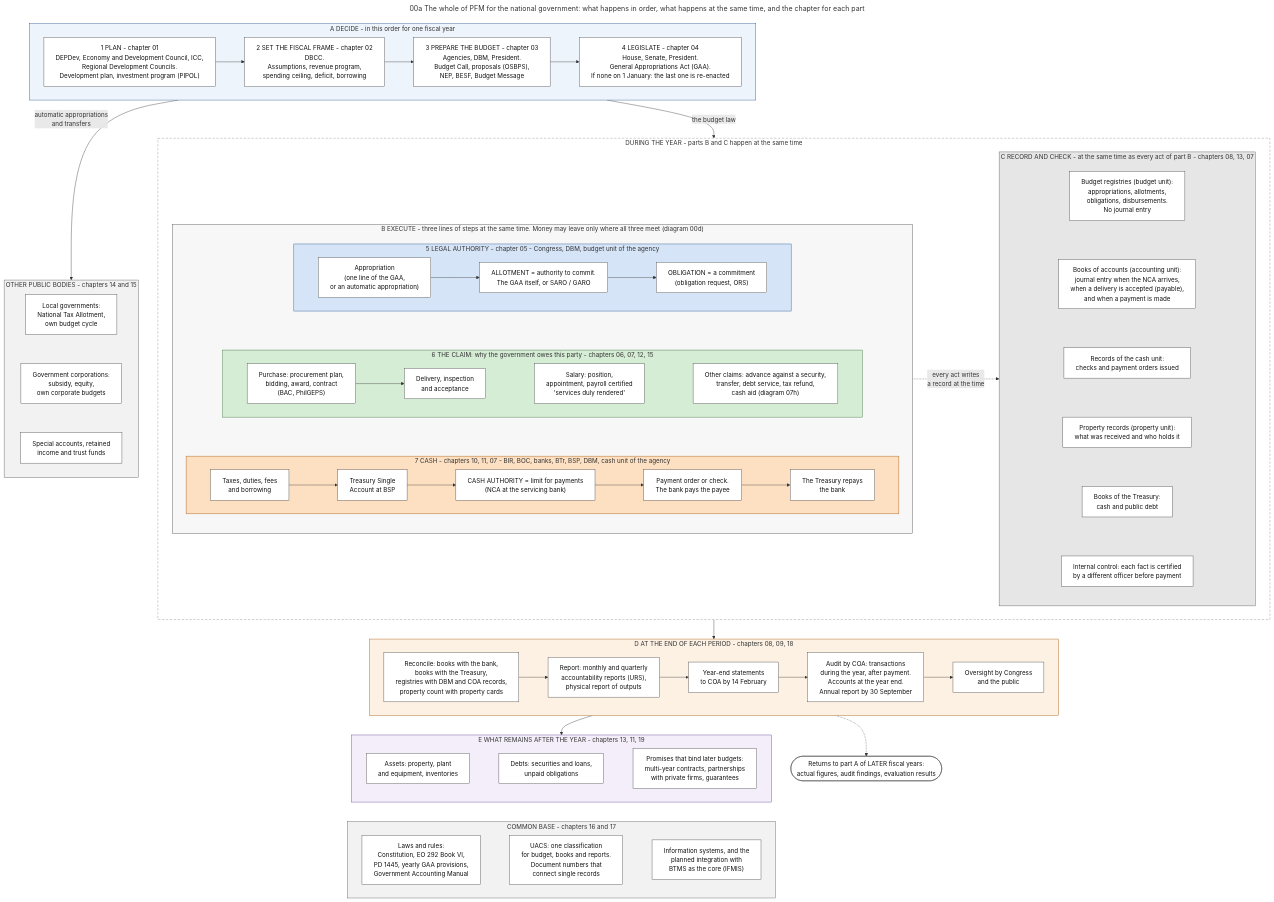
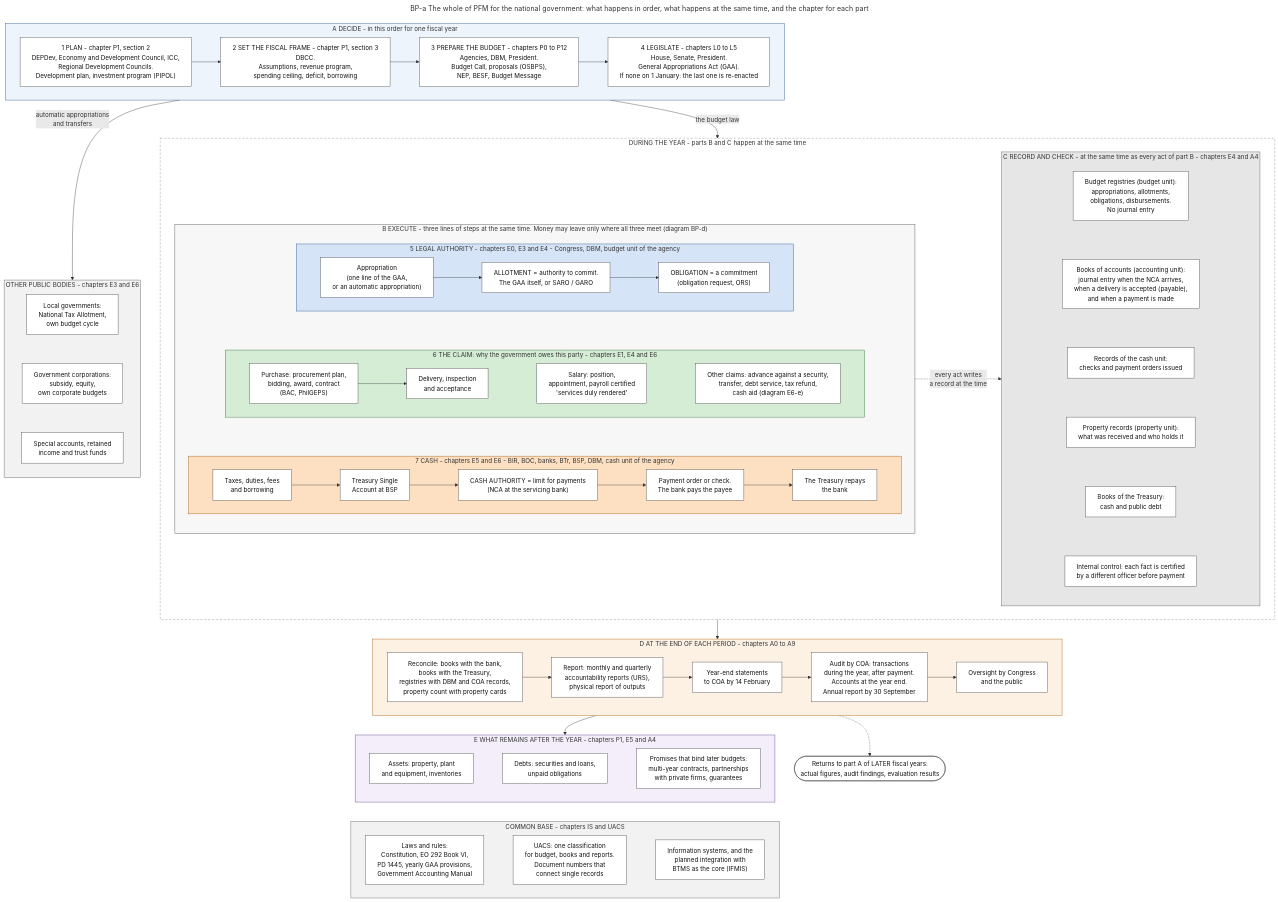
One commit to miraflor/philippine-pfm-atlas changed the first of 8 diagrams in docs/atlas/00_BIG_PICTURE.md. Above: the diagram before and after it, drawn with Mermaid. The commit also changed other lines of this file and 1266 other files, not shown here.

Commit message:
Reorganize PFM Atlas around the budget cycle

````diff
--- a/docs/atlas/00_BIG_PICTURE.md
+++ b/docs/atlas/00_BIG_PICTURE.md
@@ -110,6 +110,6 @@
 ```mermaid
 ---
-title: "00a  The whole of PFM for the national government: what happens in order, what happens at the same time, and the chapter for each part"
+title: "BP-a  The whole of PFM for the national government: what happens in order, what happens at the same time, and the chapter for each part"
 config:
   flowchart:
     wrappingWidth: 460
@@ -118,33 +118,33 @@
 
   subgraph A["A  DECIDE  -  in this order for one fiscal year"]
     direction LR
-    A1["1  PLAN  -  chapter 01<br/>DEPDev, Economy and Development Council, ICC,<br/>Regional Development Councils.<br/>Development plan, investment program (PIPOL)"] --> A2["2  SET THE FISCAL FRAME  -  chapter 02<br/>DBCC.<br/>Assumptions, revenue program,<br/>spending ceiling, deficit, borrowing"] --> A3["3  PREPARE THE BUDGET  -  chapter 03<br/>Agencies, DBM, President.<br/>Budget Call, proposals (OSBPS),<br/>NEP, BESF, Budget Message"] --> A4["4  LEGISLATE  -  chapter 04<br/>House, Senate, President.<br/>General Appropriations Act (GAA).<br/>If none on 1 January: the last one is re-enacted"]
+    A1["1  PLAN  -  chapter P1, section 2<br/>DEPDev, Economy and Development Council, ICC,<br/>Regional Development Councils.<br/>Development plan, investment program (PIPOL)"] --> A2["2  SET THE FISCAL FRAME  -  chapter P1, section 3<br/>DBCC.<br/>Assumptions, revenue program,<br/>spending ceiling, deficit, borrowing"] --> A3["3  PREPARE THE BUDGET  -  chapters P0 to P12<br/>Agencies, DBM, President.<br/>Budget Call, proposals (OSBPS),<br/>NEP, BESF, Budget Message"] --> A4["4  LEGISLATE  -  chapters L0 to L5<br/>House, Senate, President.<br/>General Appropriations Act (GAA).<br/>If none on 1 January: the last one is re-enacted"]
   end
 
   subgraph BC["DURING THE YEAR  -  parts B and C happen at the same time"]
     direction LR
-    subgraph B["B  EXECUTE  -  three lines of steps at the same time. Money may leave only where all three meet (diagram 00d)"]
+    subgraph B["B  EXECUTE  -  three lines of steps at the same time. Money may leave only where all three meet (diagram BP-d)"]
       direction TB
-      subgraph B5["5  LEGAL AUTHORITY  -  chapter 05  -  Congress, DBM, budget unit of the agency"]
+      subgraph B5["5  LEGAL AUTHORITY  -  chapters E0, E3 and E4  -  Congress, DBM, budget unit of the agency"]
         direction LR
         B5a["Appropriation<br/>(one line of the GAA,<br/>or an automatic appropriation)"] --> B5b["ALLOTMENT = authority to commit.<br/>The GAA itself, or SARO / GARO"] --> B5c["OBLIGATION = a commitment<br/>(obligation request, ORS)"]
       end
-      subgraph B6["6  THE CLAIM: why the government owes this party  -  chapters 06, 07, 12, 15"]
+      subgraph B6["6  THE CLAIM: why the government owes this party  -  chapters E1, E4 and E6"]
         direction LR
         B6a["Purchase: procurement plan,<br/>bidding, award, contract<br/>(BAC, PhilGEPS)"] --> B6b["Delivery, inspection<br/>and acceptance"]
         B6c["Salary: position,<br/>appointment, payroll certified<br/>'services duly rendered'"]
-        B6d["Other claims: advance against a security,<br/>transfer, debt service, tax refund,<br/>cash aid (diagram 07h)"]
+        B6d["Other claims: advance against a security,<br/>transfer, debt service, tax refund,<br/>cash aid (diagram E6-e)"]
         B6b ~~~ B6c
         B6c ~~~ B6d
       end
-      subgraph B7["7  CASH  -  chapters 10, 11, 07  -  BIR, BOC, banks, BTr, BSP, DBM, cash unit of the agency"]
+      subgraph B7["7  CASH  -  chapters E5 and E6  -  BIR, BOC, banks, BTr, BSP, DBM, cash unit of the agency"]
         direction LR
         B7a["Taxes, duties, fees<br/>and borrowing"] --> B7b["Treasury Single<br/>Account at BSP"] --> B7c["CASH AUTHORITY = limit for payments<br/>(NCA at the servicing bank)"] --> B7d["Payment order or check.<br/>The bank pays the payee"] --> B7e["The Treasury repays<br/>the bank"]
       end
       B5 ~~~ B6
       B6 ~~~ B7
     end
-    subgraph C["C  RECORD AND CHECK  -  at the same time as every act of part B  -  chapters 08, 13, 07"]
+    subgraph C["C  RECORD AND CHECK  -  at the same time as every act of part B  -  chapters E4 and A4"]
       direction TB
       C1["Budget registries (budget unit):<br/>appropriations, allotments,<br/>obligations, disbursements.<br/>No journal entry"]
       C2["Books of accounts (accounting unit):<br/>journal entry when the NCA arrives,<br/>when a delivery is accepted (payable),<br/>and when a payment is made"]
@@ -161,18 +161,18 @@
     B -. "every act writes<br/>a record at the time" .-> C
   end
 
-  subgraph D["D  AT THE END OF EACH PERIOD  -  chapters 08, 09, 18"]
+  subgraph D["D  AT THE END OF EACH PERIOD  -  chapters A0 to A9"]
     direction LR
     D1["Reconcile: books with the bank,<br/>books with the Treasury,<br/>registries with DBM and COA records,<br/>property count with property cards"] --> D2["Report: monthly and quarterly<br/>accountability reports (URS),<br/>physical report of outputs"] --> D3["Year-end statements<br/>to COA by 14 February"] --> D4["Audit by COA: transactions<br/>during the year, after payment.<br/>Accounts at the year end.<br/>Annual report by 30 September"] --> D5["Oversight by Congress<br/>and the public"]
   end
 
-  subgraph E["E  WHAT REMAINS AFTER THE YEAR  -  chapters 13, 11, 19"]
+  subgraph E["E  WHAT REMAINS AFTER THE YEAR  -  chapters P1, E5 and A4"]
     direction LR
     E1["Assets: property, plant<br/>and equipment, inventories"] ~~~ E2["Debts: securities and loans,<br/>unpaid obligations"]
     E2 ~~~ E3["Promises that bind later budgets:<br/>multi-year contracts, partnerships<br/>with private firms, guarantees"]
   end
 
-  subgraph X["OTHER PUBLIC BODIES  -  chapters 14 and 15"]
+  subgraph X["OTHER PUBLIC BODIES  -  chapters E3 and E6"]
     direction TB
     Xa["Local governments:<br/>National Tax Allotment,<br/>own budget cycle"]
     Xb["Government corporations:<br/>subsidy, equity,<br/>own corporate budgets"]
@@ -181,7 +181,7 @@
     Xb ~~~ Xc
   end
 
-  subgraph Z["COMMON BASE  -  chapters 16 and 17"]
+  subgraph Z["COMMON BASE  -  chapters IS and UACS"]
     direction LR
     Za["Laws and rules:<br/>Constitution, EO 292 Book VI,<br/>PD 1445, yearly GAA provisions,<br/>Government Accounting Manual"] ~~~ Zb["UACS: one classification<br/>for budget, books and reports.<br/>Document numbers that<br/>connect single records"]
     Zb ~~~ Zc["Information systems, and the<br/>planned integration with<br/>BTMS as the core (IFMIS)"]
````
